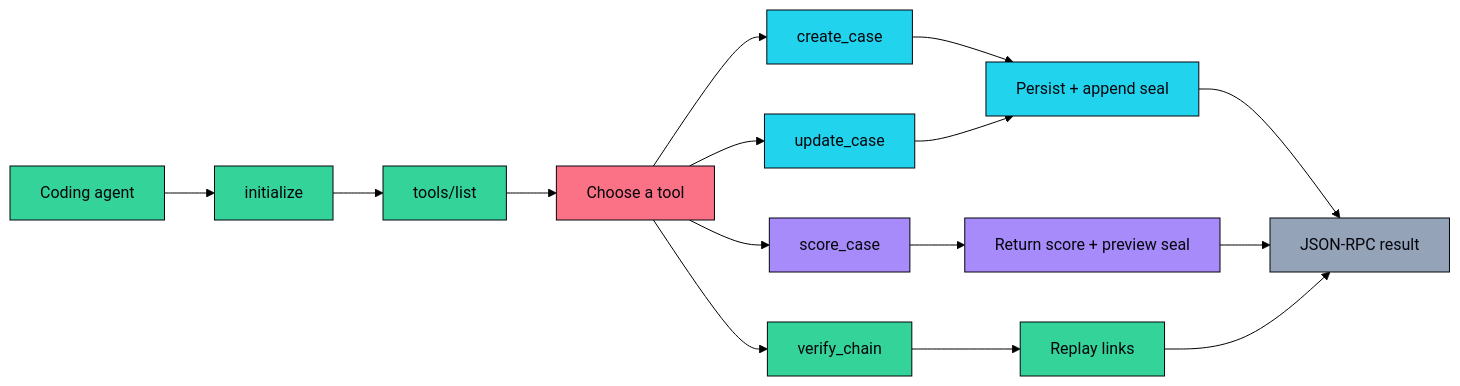
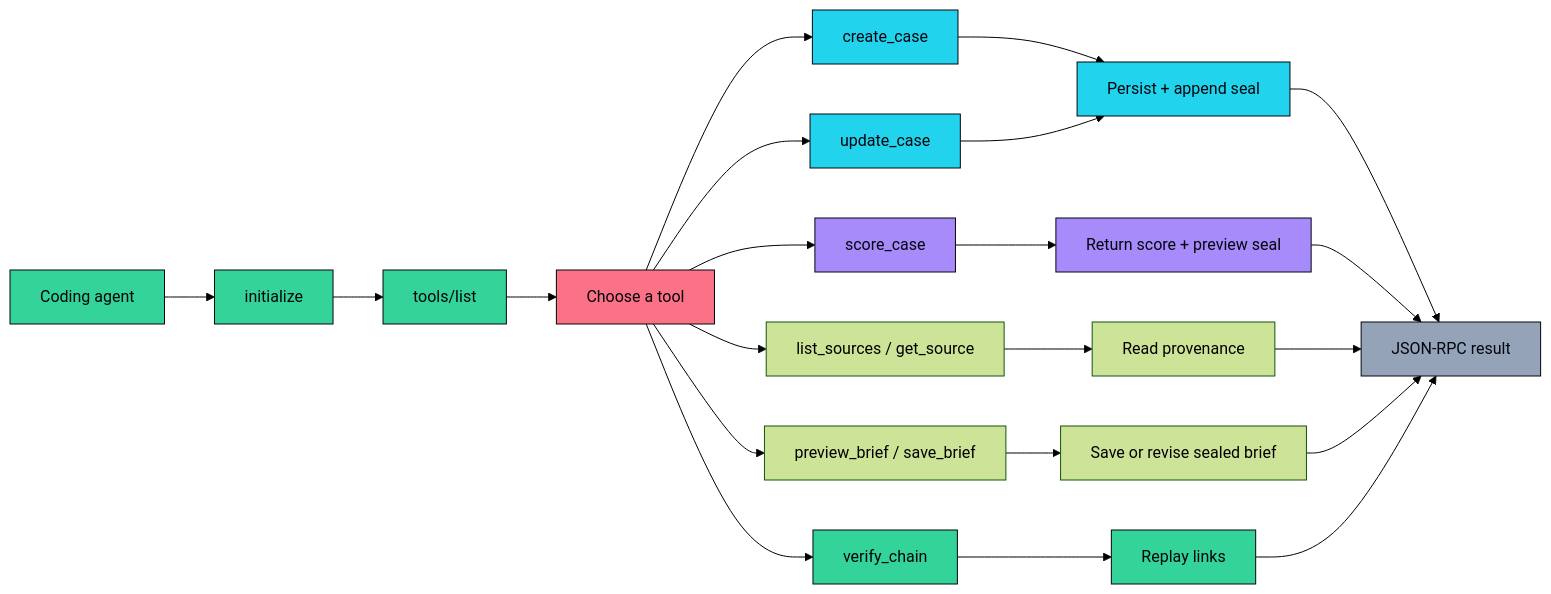
Before and after one commit to aniruddhaadak80/stewardship-ledger: the fifth of 11 diagrams in README.md, drawn with Mermaid (forest theme). The commit also changed other lines of this file and 38 other files, not shown here.

````diff
--- a/README.md
+++ b/README.md
@@ -136,30 +164,36 @@
 ```mermaid
 flowchart LR
   C[Coding agent] --> I[initialize]
   I --> L[tools/list]
   L --> T[Choose a tool]
   T --> C1[create_case]
   T --> C2[update_case]
   T --> R1[score_case]
+  T --> S1[list_sources / get_source]
+  T --> B1[preview_brief / save_brief]
   T --> V[verify_chain]
   C1 --> P[Persist + append seal]
   C2 --> P
   R1 --> E[Return score + preview seal]
+  S1 --> D[Read provenance]
+  B1 --> F[Save or revise sealed brief]
   V --> H[Replay links]
   P --> J[JSON-RPC result]
   E --> J
+  D --> J
+  F --> J
   H --> J
   classDef data fill:#22d3ee,color:#04060c,stroke:#04060c
   classDef engine fill:#a78bfa,color:#04060c,stroke:#04060c
   classDef agent fill:#34d399,color:#04060c,stroke:#04060c
   classDef external fill:#fbbf24,color:#04060c,stroke:#04060c
   classDef risk fill:#fb7185,color:#04060c,stroke:#04060c
   classDef infra fill:#94a3b8,color:#04060c,stroke:#04060c
   classDef verified fill:#34d399,color:#04060c,stroke:#04060c
   class C,I,L,T,J agent
   class C1,C2,P data
   class R1,E engine
   class V,H verified
   class T risk
   class J infra
 ```
````
